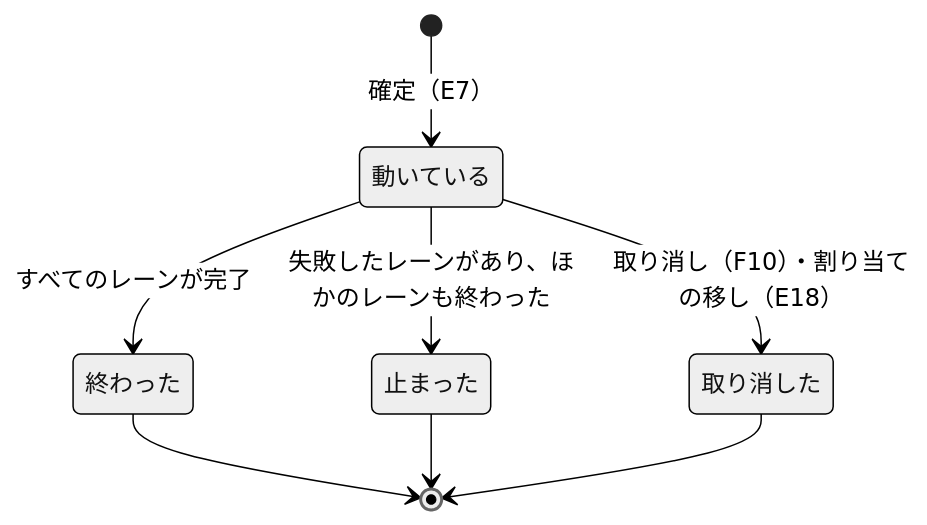
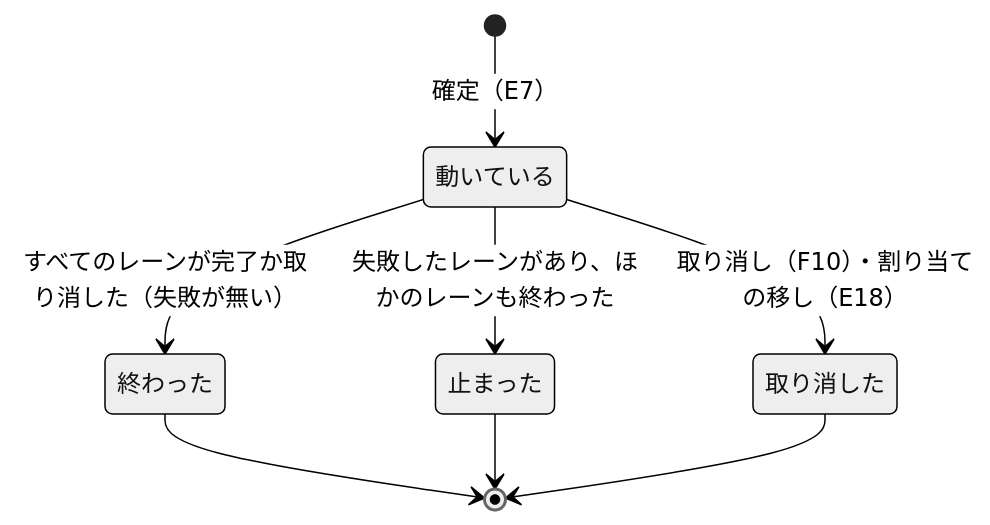
Before and after one commit to devbasex/nd-factory: the third of 10 diagrams in docs/design/execution.md, drawn with Mermaid (neutral theme). The commit also changed other lines of this file, not shown here.

First line of the commit message:
Docs: 失敗が無く取り消したレーンがあるスプリントを「終わった」にし、E15 を出すと決める

````diff
--- a/docs/design/execution.md
+++ b/docs/design/execution.md
@@ -98,10 +98,10 @@
 ```mermaid
 stateDiagram-v2
     [*] --> 動いている: 確定（E7）
-    動いている --> 終わった: すべてのレーンが完了
+    動いている --> 終わった: すべてのレーンが完了か取り消した（失敗が無い）
     動いている --> 止まった: 失敗したレーンがあり、ほかのレーンも終わった
     動いている --> 取り消した: 取り消し（F10）・割り当ての移し（E18）
     終わった --> [*]
     止まった --> [*]
     取り消した --> [*]
 ```
````
